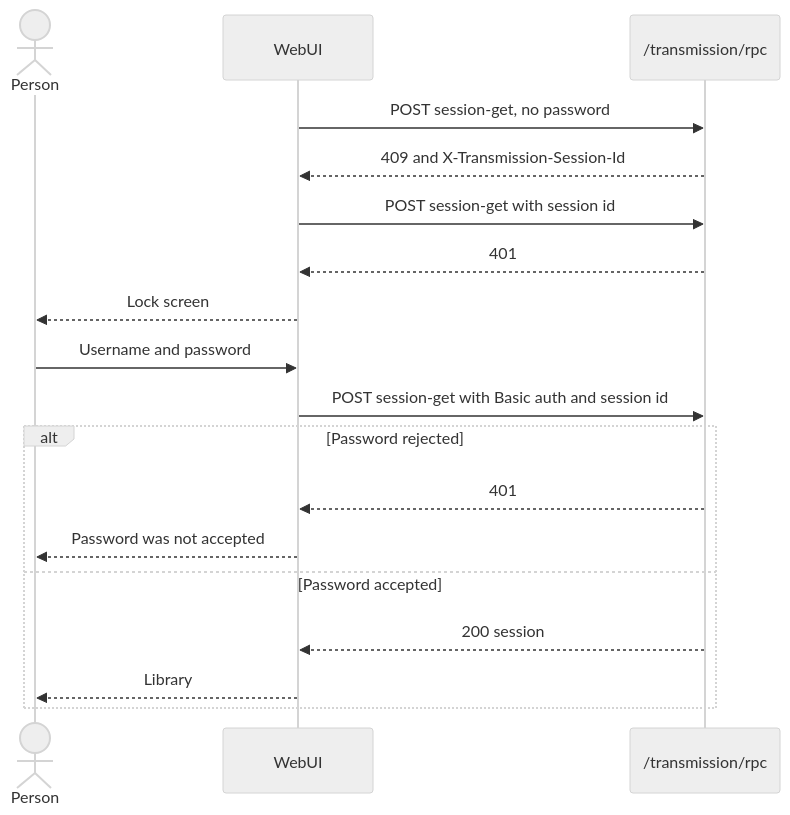
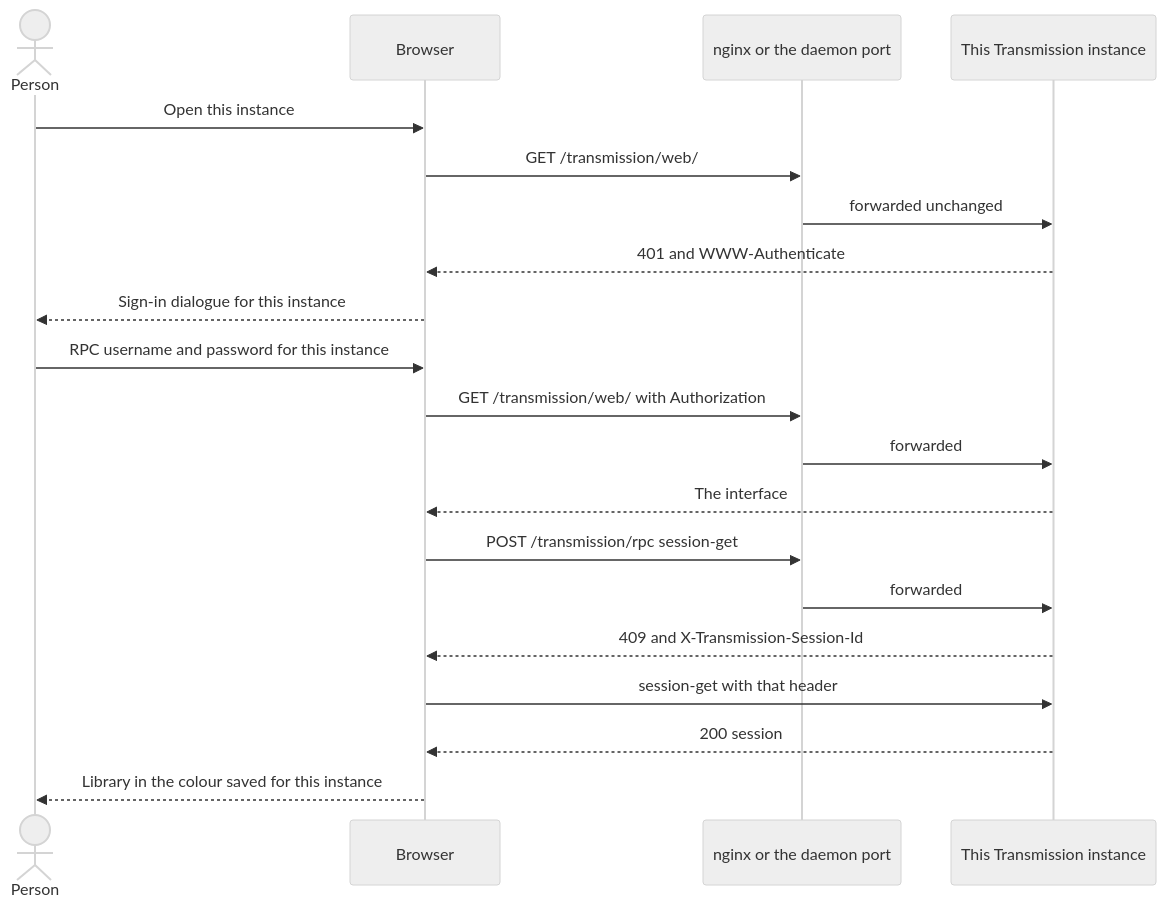
The third of 6 diagrams in Design/transmission-webui.md (schleising/transmission-webui), drawn with Mermaid (neutral theme) before and after one commit. The commit also changed other lines of this file, not shown here.

Commit message:
Update Transmission WebUI design documentation to clarify multi-daemon support, nginx reverse proxy configuration, and session management. Enhance details on static file serving and color customization for individual instances.

````diff
--- a/Design/transmission-webui.md
+++ b/Design/transmission-webui.md
@@ -118,21 +150,23 @@
 ```mermaid
 sequenceDiagram
   actor Person
-  participant UI as WebUI
-  participant RPC as /transmission/rpc
+  participant Browser
+  participant Edge as nginx or the daemon port
+  participant Daemon as This Transmission instance
 
-  UI->>RPC: POST session-get, no password
-  RPC-->>UI: 409 and X-Transmission-Session-Id
-  UI->>RPC: POST session-get with session id
-  RPC-->>UI: 401
-  UI-->>Person: Lock screen
-  Person->>UI: Username and password
-  UI->>RPC: POST session-get with Basic auth and session id
-  alt Password rejected
-    RPC-->>UI: 401
-    UI-->>Person: Password was not accepted
-  else Password accepted
-    RPC-->>UI: 200 session
-    UI-->>Person: Library
-  end
+  Person->>Browser: Open this instance
+  Browser->>Edge: GET /transmission/web/
+  Edge->>Daemon: forwarded unchanged
+  Daemon-->>Browser: 401 and WWW-Authenticate
+  Browser-->>Person: Sign-in dialogue for this instance
+  Person->>Browser: RPC username and password for this instance
+  Browser->>Edge: GET /transmission/web/ with Authorization
+  Edge->>Daemon: forwarded
+  Daemon-->>Browser: The interface
+  Browser->>Edge: POST /transmission/rpc session-get
+  Edge->>Daemon: forwarded
+  Daemon-->>Browser: 409 and X-Transmission-Session-Id
+  Browser->>Daemon: session-get with that header
+  Daemon-->>Browser: 200 session
+  Browser-->>Person: Library in the colour saved for this instance
 ```
````
